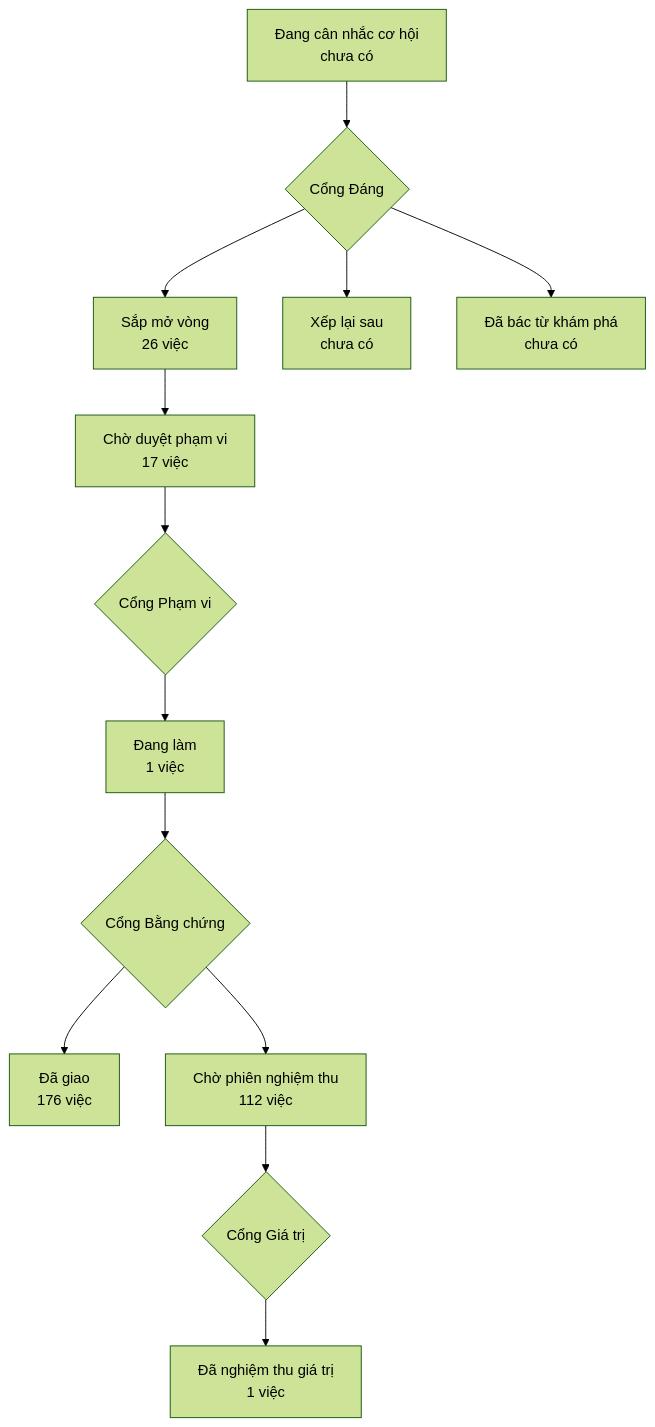
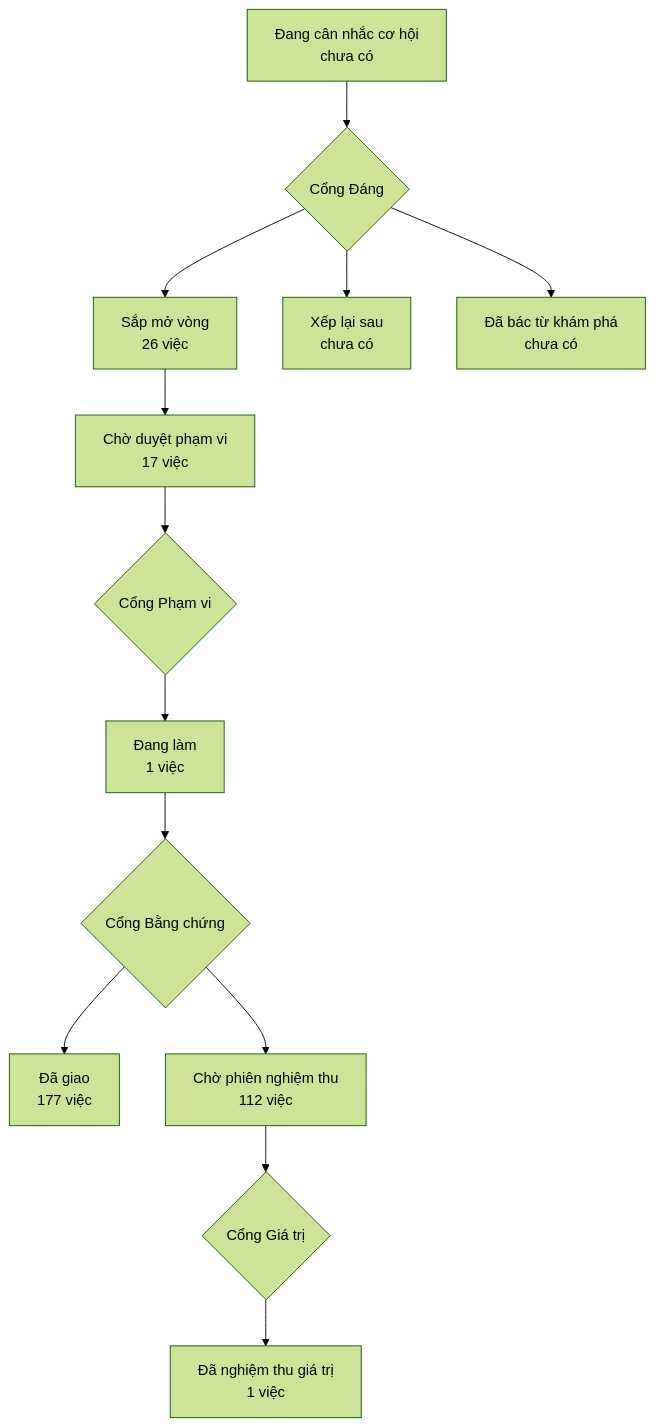
Before and after one commit to phanlemanh/onehub-invest: the diagram in PRODUCT-MAP.md, drawn with Mermaid (forest theme). The commit also changed other lines of this file and 1 other file, not shown here.

Commit message:
chore(acceptance): sinh lại PRODUCT-MAP và LO-TRINH sau khi gộp main

````diff
--- a/PRODUCT-MAP.md
+++ b/PRODUCT-MAP.md
@@ -7,12 +7,12 @@
 ```mermaid
 flowchart TD
   A["Đang cân nhắc cơ hội<br/>chưa có"] --> GD{"Cổng Đáng"}
   GD --> B["Sắp mở vòng<br/>26 việc"]
   GD --> XL["Xếp lại sau<br/>chưa có"]
   GD --> DB["Đã bác từ khám phá<br/>chưa có"]
   B --> CD["Chờ duyệt phạm vi<br/>17 việc"] --> GP{"Cổng Phạm vi"}
   GP --> DL["Đang làm<br/>1 việc"] --> GB{"Cổng Bằng chứng"}
-  GB --> DG["Đã giao<br/>176 việc"]
+  GB --> DG["Đã giao<br/>177 việc"]
   GB --> CN["Chờ phiên nghiệm thu<br/>112 việc"] --> GG{"Cổng Giá trị"}
   GG --> NT["Đã nghiệm thu giá trị<br/>1 việc"]
 ```
````
